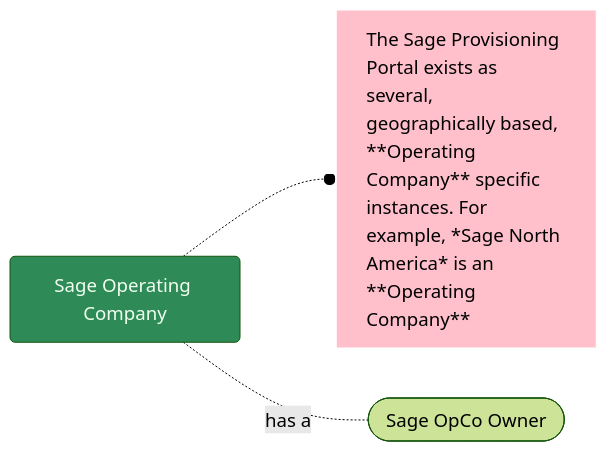
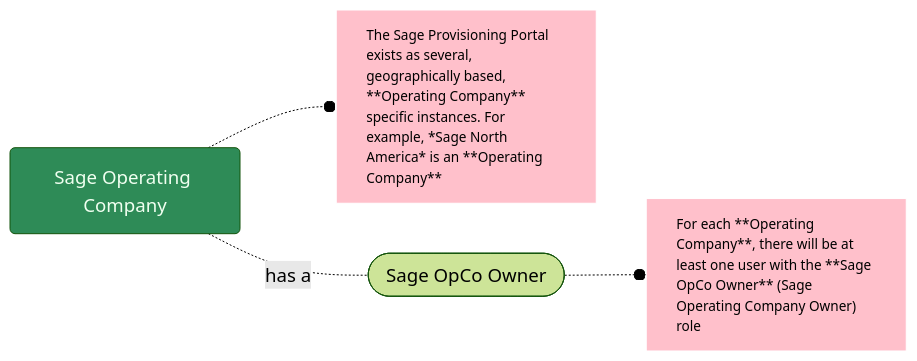
One commit to joe-dorward/samples changed the diagram in 2025_Sage/01_What is an Operating Company.mdx. Above: the diagram before and after it, drawn with Mermaid.

Commit message:
Update 01_What is an Operating Company.mdx

````diff
--- a/2025_Sage/01_What is an Operating Company.mdx
+++ b/2025_Sage/01_What is an Operating Company.mdx
@@ -1,35 +1,35 @@
 ```mermaid
 %%{
   init: {
     'theme': 'forest',
     'themeVariables': {
       'fontSize':'14pt'
     }
   }
 }%%
 flowchart LR
   classDef Sage fill:seagreen, color:honeydew;
   classDef Noun fill:lightcyan, stroke:royalblue, color:royalblue;
-  classDef Note fill:pink, stroke:white, text-align:left;
+  classDef Note fill:pink, stroke:white, text-align:left, font-size: 90%;
 
   SAGE_OPERATING_COMPANY_01(Sage Operating Company)-.-o
   SAGE_OPERATING_COMPANY_01_Note[The Sage Provisioning Portal exists as several, geographically based, **Operating Company** specific instances. For example, *Sage North America* is an **Operating Company**]
 
   SAGE_OPERATING_COMPANY_01-.has a.-
-  SAGE_OPCO_OWNER_01([&nbsp;Sage OpCo Owner&nbsp;])
-
+  SAGE_OPCO_OWNER_01([&nbsp;Sage OpCo Owner&nbsp;])-.-o
+  SAGE_OPCO_OWNER_01_NOTE["For each **Operating Company**, there will be at least one user with the **Sage OpCo Owner** (Sage Operating Company Owner) role"]
 
 
 
 
 
   %%-.has a.-
   %%SAGE_OPERATIONS_AGENT_01([&nbsp;Sage Operations Agent&nbsp;])-.who adds a.->
   %%PARTNER_ORGANISATION_01[Partner Organisation]-.and a<br/>(required).->
   %%PRIMARY_CONTACT_01([&nbsp;Primary Contact&nbsp;])-.-o
   %%PRIMARY_CONTACT_01_NOTE[The **Primary Contact** is added with the **Partner Operations Agent** role]
 
   class SAGE_OPERATING_COMPANY_01 Sage
   class PARTNER_ORGANISATION_01,PRODUCT_01,PRODUCT_02 Noun
-  class SAGE_OPERATING_COMPANY_01_Note Note
+  class SAGE_OPERATING_COMPANY_01_Note,SAGE_OPCO_OWNER_01_NOTE Note
 ```
````
